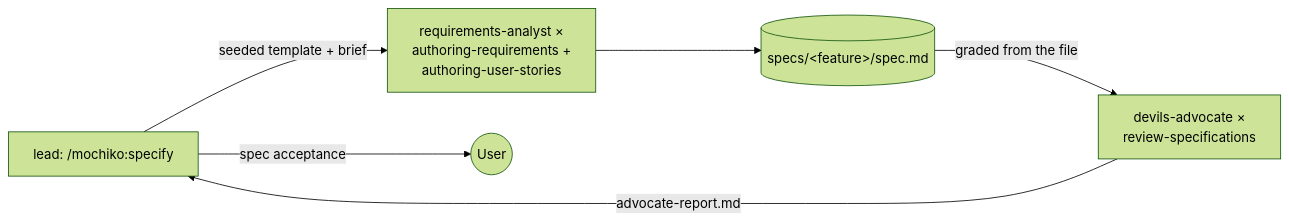
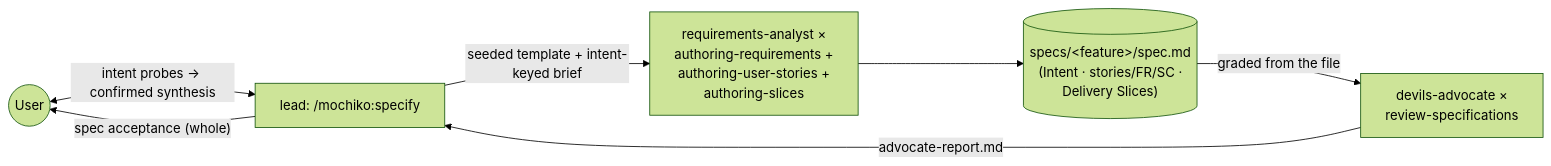
Before and after one commit to humaninloop-dev/mochiko: the fifth of 7 diagrams in ARCHITECTURE.md, drawn with Mermaid (forest theme). The commit also changed other lines of this file and 66 other files, not shown here.

````diff
--- a/ARCHITECTURE.md
+++ b/ARCHITECTURE.md
@@ -168,10 +173,12 @@
 ```mermaid
 flowchart LR
+  user(("User"))
   lead["lead: /mochiko:specify"]
-  producer["requirements-analyst ×<br/>authoring-requirements +<br/>authoring-user-stories"]
+  producer["requirements-analyst ×<br/>authoring-requirements +<br/>authoring-user-stories +<br/>authoring-slices"]
   critic["devils-advocate ×<br/>review-specifications"]
-  lead -->|"seeded template + brief"| producer
-  producer --> spec[("specs/&lt;feature&gt;/spec.md")]
+  user <-->|"intent probes → confirmed synthesis"| lead
+  lead -->|"seeded template + intent-keyed brief"| producer
+  producer --> spec[("specs/&lt;feature&gt;/spec.md<br/>(Intent · stories/FR/SC ·<br/>Delivery Slices)")]
   spec -->|"graded from the file"| critic -->|"advocate-report.md"| lead
-  lead -->|"spec acceptance"| user(("User"))
+  lead -->|"spec acceptance (whole)"| user
 ```
````
